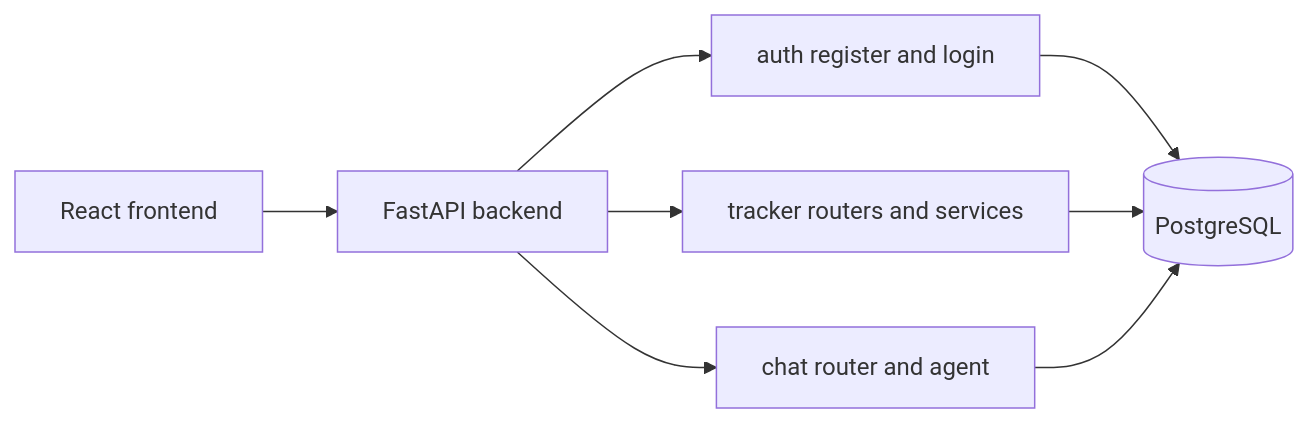
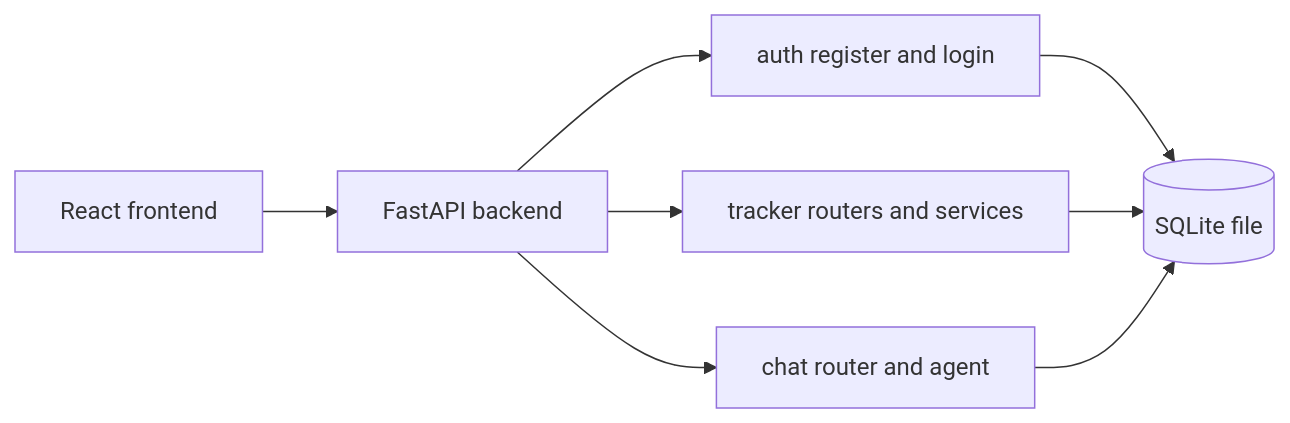
Before and after one commit to reddybharat/parsel: the diagram in ARCHITECTURE.md, drawn with Mermaid. The commit also changed other lines of this file and 28 other files, not shown here.

````diff
--- a/ARCHITECTURE.md
+++ b/ARCHITECTURE.md
@@ -49,10 +51,10 @@
 ```mermaid
 flowchart LR
   FE[React frontend] --> API[FastAPI backend]
   API --> Auth[auth register and login]
   API --> Tracker[tracker routers and services]
   API --> Chat[chat router and agent]
-  Auth --> DB[(PostgreSQL)]
+  Auth --> DB[(SQLite file)]
   Tracker --> DB
   Chat --> DB
 ```
````
